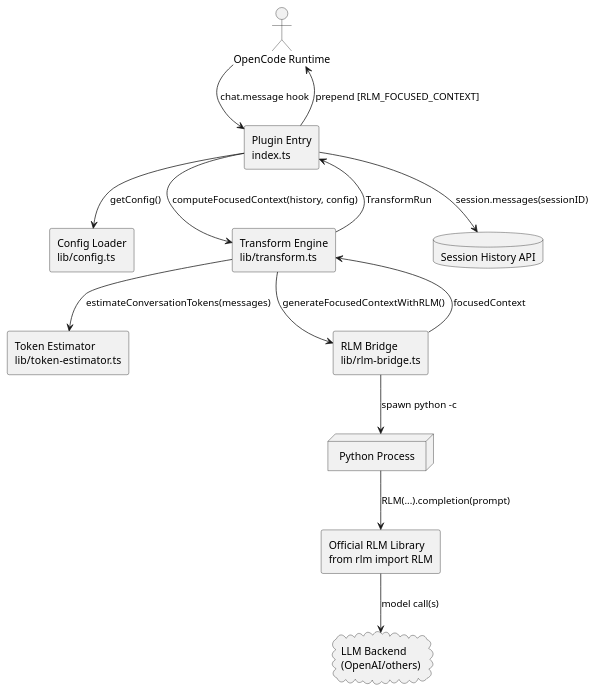
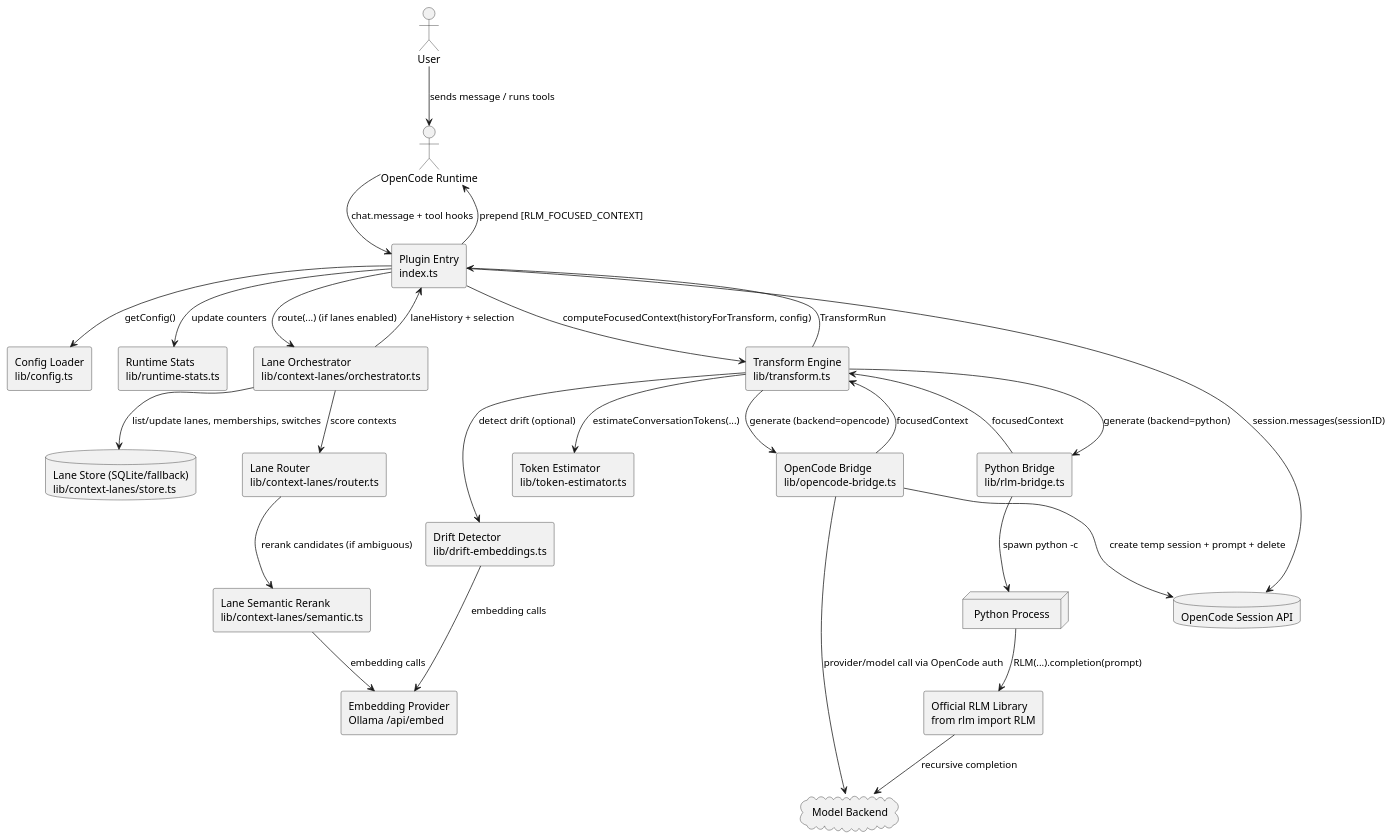
One commit to manorit2001/opencode-rlm-plugin changed the first of 2 diagrams in ARCHITECTURE_UML.md. Above: the diagram before and after it, drawn with PlantUML. The commit also changed other lines of this file and 1 other file, not shown here.

First line of the commit message:
docs: align architecture UMLs with opencode-first runtime

````diff
--- a/ARCHITECTURE_UML.md
+++ b/ARCHITECTURE_UML.md
@@ -7,32 +7,63 @@
 ```plantuml
 @startuml
 skinparam componentStyle rectangle
 
+actor "User" as User
 actor "OpenCode Runtime" as Runtime
 
 component "Plugin Entry\nindex.ts" as Entry
 component "Config Loader\nlib/config.ts" as Config
+component "Runtime Stats\nlib/runtime-stats.ts" as Stats
+
+component "Lane Orchestrator\nlib/context-lanes/orchestrator.ts" as Orchestrator
+component "Lane Router\nlib/context-lanes/router.ts" as Router
+component "Lane Semantic Rerank\nlib/context-lanes/semantic.ts" as LaneSemantic
+database "Lane Store (SQLite/fallback)\nlib/context-lanes/store.ts" as LaneStore
+
 component "Transform Engine\nlib/transform.ts" as Transform
 component "Token Estimator\nlib/token-estimator.ts" as Estimator
-component "RLM Bridge\nlib/rlm-bridge.ts" as Bridge
+component "Drift Detector\nlib/drift-embeddings.ts" as Drift
 
+component "OpenCode Bridge\nlib/opencode-bridge.ts" as OCBridge
+component "Python Bridge\nlib/rlm-bridge.ts" as PyBridge
 node "Python Process" as PythonProc
 component "Official RLM Library\nfrom rlm import RLM" as RLM
-cloud "LLM Backend\n(OpenAI/others)" as Backend
-database "Session History API" as SessionAPI
 
-Runtime --> Entry : chat.message hook
+component "Embedding Provider\nOllama /api/embed" as Embed
+cloud "Model Backend" as Backend
+database "OpenCode Session API" as SessionAPI
+
+User --> Runtime : sends message / runs tools
+Runtime --> Entry : chat.message + tool hooks
 Entry --> Config : getConfig()
+Entry --> Stats : update counters
 Entry --> SessionAPI : session.messages(sessionID)
-Entry --> Transform : computeFocusedContext(history, config)
-Transform --> Estimator : estimateConversationTokens(messages)
-Transform --> Bridge : generateFocusedContextWithRLM()
-Bridge --> PythonProc : spawn python -c
+
+Entry --> Orchestrator : route(...) (if lanes enabled)
+Orchestrator --> Router : score contexts
+Router --> LaneSemantic : rerank candidates (if ambiguous)
+LaneSemantic --> Embed : embedding calls
+Orchestrator --> LaneStore : list/update lanes, memberships, switches
+Orchestrator --> Entry : laneHistory + selection
+
+Entry --> Transform : computeFocusedContext(historyForTransform, config)
+Transform --> Estimator : estimateConversationTokens(...)
+Transform --> Drift : detect drift (optional)
+Drift --> Embed : embedding calls
+
+Transform --> OCBridge : generate (backend=opencode)
+OCBridge --> SessionAPI : create temp session + prompt + delete
+OCBridge --> Backend : provider/model call via OpenCode auth
+
+Transform --> PyBridge : generate (backend=python)
+PyBridge --> PythonProc : spawn python -c
 PythonProc --> RLM : RLM(...).completion(prompt)
-RLM --> Backend : model call(s)
-Bridge --> Transform : focusedContext
+RLM --> Backend : recursive completion
+
+OCBridge --> Transform : focusedContext
+PyBridge --> Transform : focusedContext
 Transform --> Entry : TransformRun
 Entry --> Runtime : prepend [RLM_FOCUSED_CONTEXT]
 
 @enduml
 ```
````
